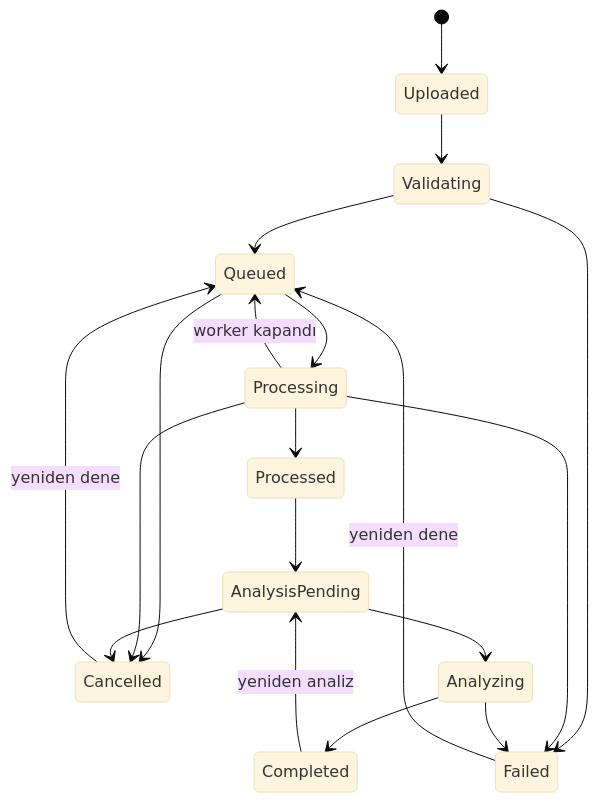
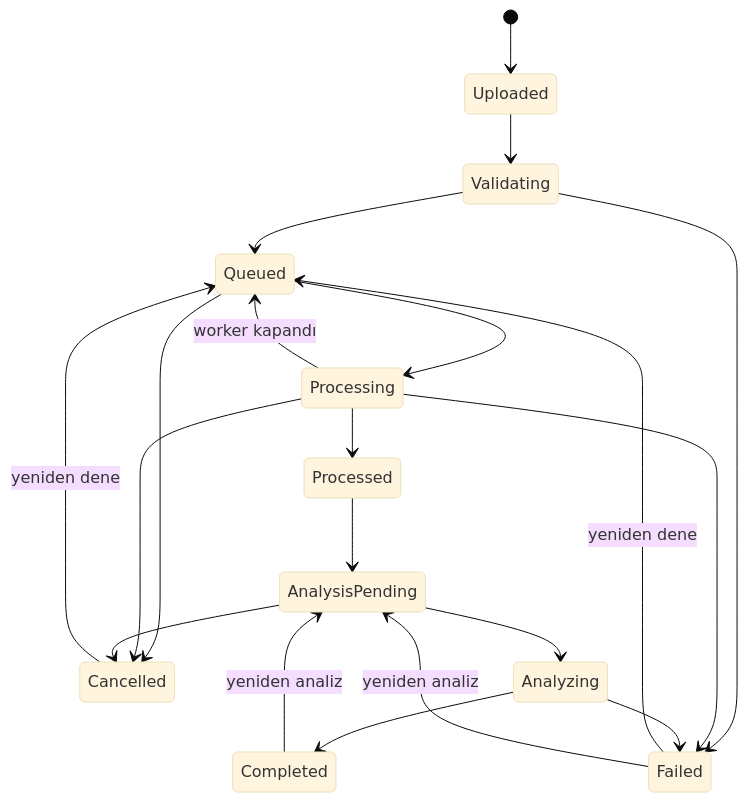
One commit to mustafaklee/flight-log-analyzer changed the fourth of 4 diagrams in docs/architecture.md. Above: the diagram before and after it, drawn with Mermaid (base theme). The commit also changed other lines of this file and 8 other files, not shown here.

````diff
--- a/docs/architecture.md
+++ b/docs/architecture.md
@@ -236,21 +260,22 @@
 ```mermaid
 stateDiagram-v2
     [*] --> Uploaded
     Uploaded --> Validating
     Validating --> Queued
     Validating --> Failed
     Queued --> Processing
     Queued --> Cancelled
     Processing --> Processed
     Processing --> Failed
     Processing --> Cancelled
     Processing --> Queued: worker kapandı
     Processed --> AnalysisPending
     AnalysisPending --> Analyzing
     AnalysisPending --> Cancelled
     Analyzing --> Completed
     Analyzing --> Failed
     Failed --> Queued: yeniden dene
+    Failed --> AnalysisPending: yeniden analiz
     Cancelled --> Queued: yeniden dene
     Completed --> AnalysisPending: yeniden analiz
 ```
````
